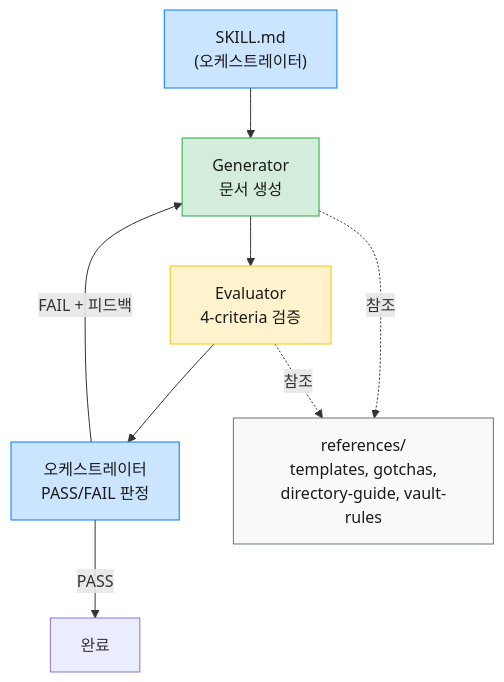
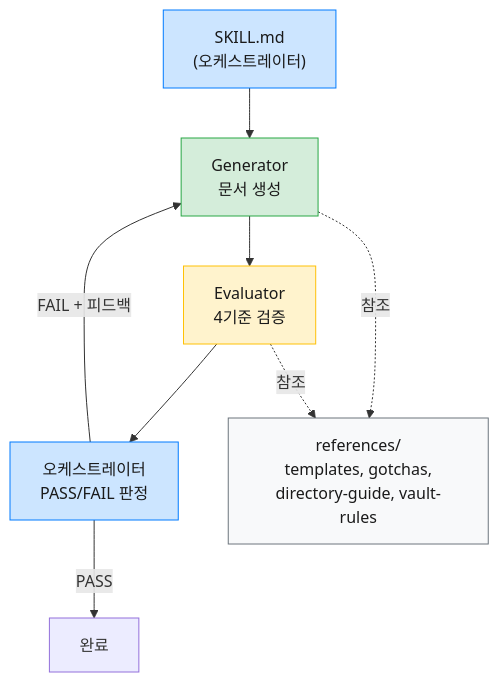
Before and after one commit to Epikoding/epikoding.github.io: the second of 6 diagrams in _posts/2026-03-27-claude-code-note-skill-harness-pattern-guide.md, drawn with Mermaid. The commit also changed other lines of this file, not shown here.

Commit message:
blog: round 2 - CC 피드백 반영 (명명 통일, mermaid scope-filter 화살표 수정)

````diff
--- a/_posts/2026-03-27-claude-code-note-skill-harness-pattern-guide.md
+++ b/_posts/2026-03-27-claude-code-note-skill-harness-pattern-guide.md
@@ -116,21 +116,21 @@
 ```mermaid
 flowchart TB
     classDef orchestrator fill:#cce5ff,stroke:#007bff,color:#1a1a1a
     classDef generator fill:#d4edda,stroke:#28a745,color:#1a1a1a
     classDef evaluator fill:#fff3cd,stroke:#ffc107,color:#1a1a1a
     classDef reference fill:#f8f9fa,stroke:#6c757d,color:#1a1a1a
 
     SKILL["SKILL.md<br/>(오케스트레이터)"]:::orchestrator
     GEN["Generator<br/>문서 생성"]:::generator
-    EVAL["Evaluator<br/>4-criteria 검증"]:::evaluator
+    EVAL["Evaluator<br/>4기준 검증"]:::evaluator
     JUDGE["오케스트레이터<br/>PASS/FAIL 판정"]:::orchestrator
     REF["references/<br/>templates, gotchas,<br/>directory-guide, vault-rules"]:::reference
 
     SKILL --> GEN
     GEN --> EVAL
     EVAL --> JUDGE
     JUDGE -->|PASS| DONE["완료"]
     JUDGE -->|FAIL + 피드백| GEN
     GEN -.->|참조| REF
     EVAL -.->|참조| REF
 ```
````
